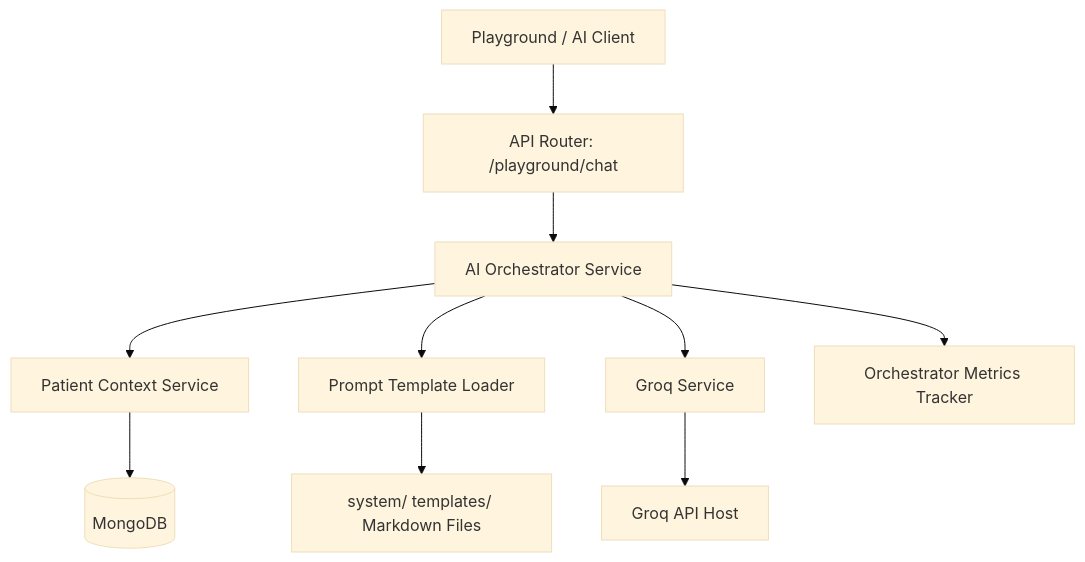
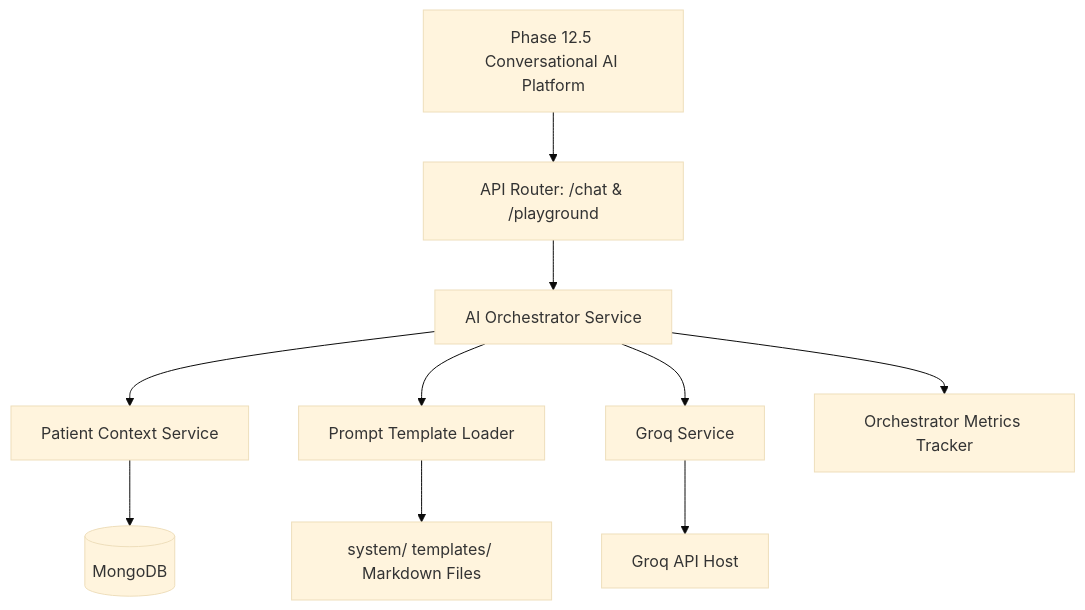
The diagram in docs/AI_ORCHESTRATION.md (rahulkadvasara/nura), drawn with Mermaid (base theme) before and after one commit. The commit also changed 3 other files, not shown here.

````diff
--- a/docs/AI_ORCHESTRATION.md
+++ b/docs/AI_ORCHESTRATION.md
@@ -9,16 +9,16 @@
 ```mermaid
 graph TD
-    Client[Playground / AI Client] --> Router[API Router: /playground/chat]
+    Client[Phase 12.5 Conversational AI Platform] --> Router[API Router: /chat & /playground]
     Router --> Orchestrator[AI Orchestrator Service]
     
     Orchestrator --> Context[Patient Context Service]
     Context --> MongoDB[(MongoDB)]
     
     Orchestrator --> Loader[Prompt Template Loader]
     Loader --> Templates[system/ templates/ Markdown Files]
     
     Orchestrator --> Groq[Groq Service]
     Groq --> GroqAPI[Groq API Host]
     
     Orchestrator --> Metrics[Orchestrator Metrics Tracker]
 ```
````
